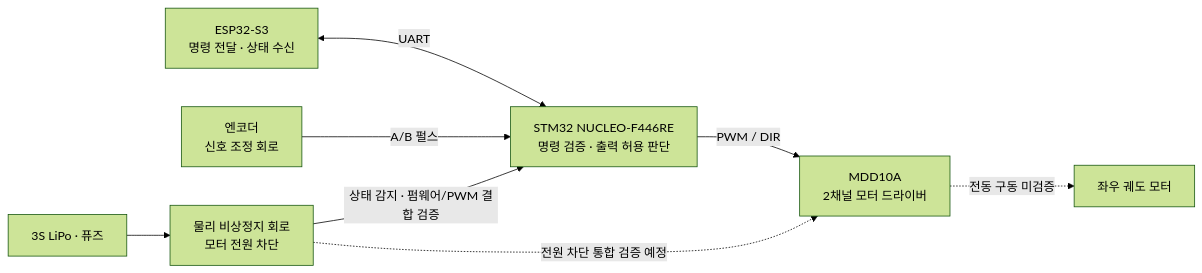
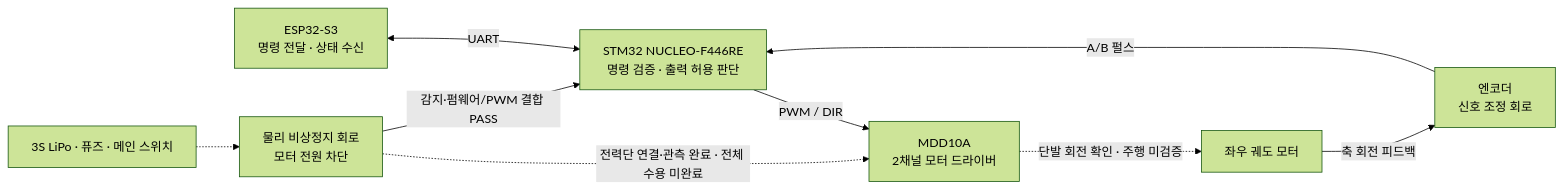
Before and after one commit to pr0ved99/TIL: the diagram in Projects/Tracked_Mobile_Robot/README.md, drawn with Mermaid (forest theme). The commit also changed other lines of this file and 47 other files, not shown here.

````diff
--- a/Projects/Tracked_Mobile_Robot/README.md
+++ b/Projects/Tracked_Mobile_Robot/README.md
@@ -39,10 +41,11 @@
 ```mermaid
 flowchart LR
     ESP["ESP32-S3<br/>명령 전달 · 상태 수신"] <-->|UART| STM["STM32 NUCLEO-F446RE<br/>명령 검증 · 출력 허용 판단"]
     STM -->|PWM / DIR| DRIVER["MDD10A<br/>2채널 모터 드라이버"]
-    DRIVER -.->|전동 구동 미검증| MOTOR["좌우 궤도 모터"]
-    ENC["엔코더<br/>신호 조정 회로"] -->|A/B 펄스| STM
-    BAT["3S LiPo · 퓨즈"] --> STOP["물리 비상정지 회로<br/>모터 전원 차단"]
-    STOP -.->|전원 차단 통합 검증 예정| DRIVER
-    STOP -->|상태 감지 · 펌웨어/PWM 결합 검증| STM
+    DRIVER -.->|단발 회전 확인 · 주행 미검증| MOTOR["좌우 궤도 모터"]
+    MOTOR -->|축 회전 피드백| ENC["엔코더<br/>신호 조정 회로"]
+    ENC -->|A/B 펄스| STM
+    BAT["3S LiPo · 퓨즈 · 메인 스위치"] -.-> STOP["물리 비상정지 회로<br/>모터 전원 차단"]
+    STOP -.->|전력단 연결·관측 완료 · 전체 수용 미완료| DRIVER
+    STOP -->|감지·펌웨어/PWM 결합 PASS| STM
 ```
````
